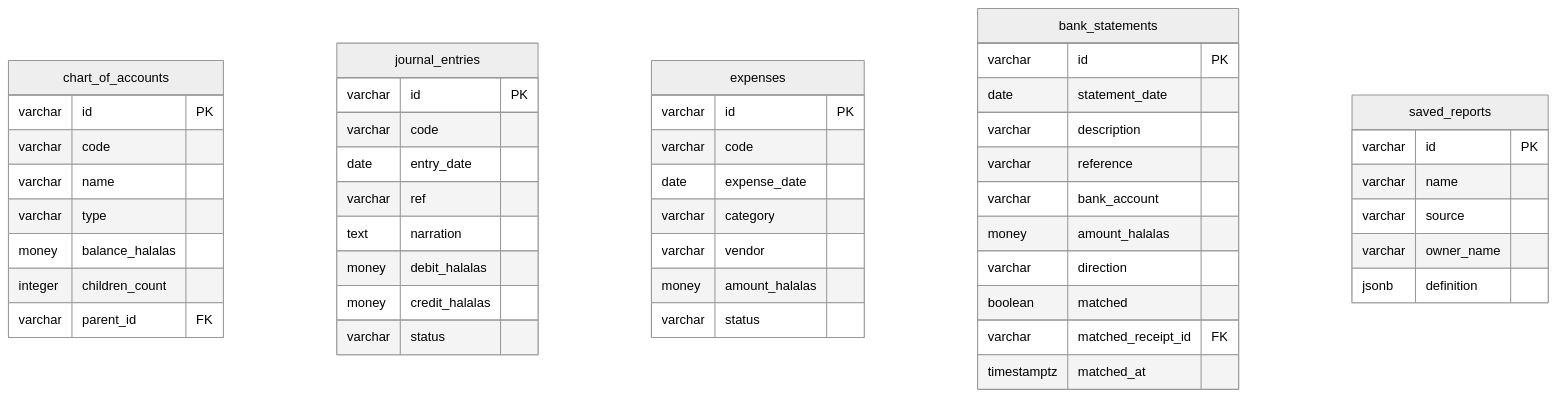
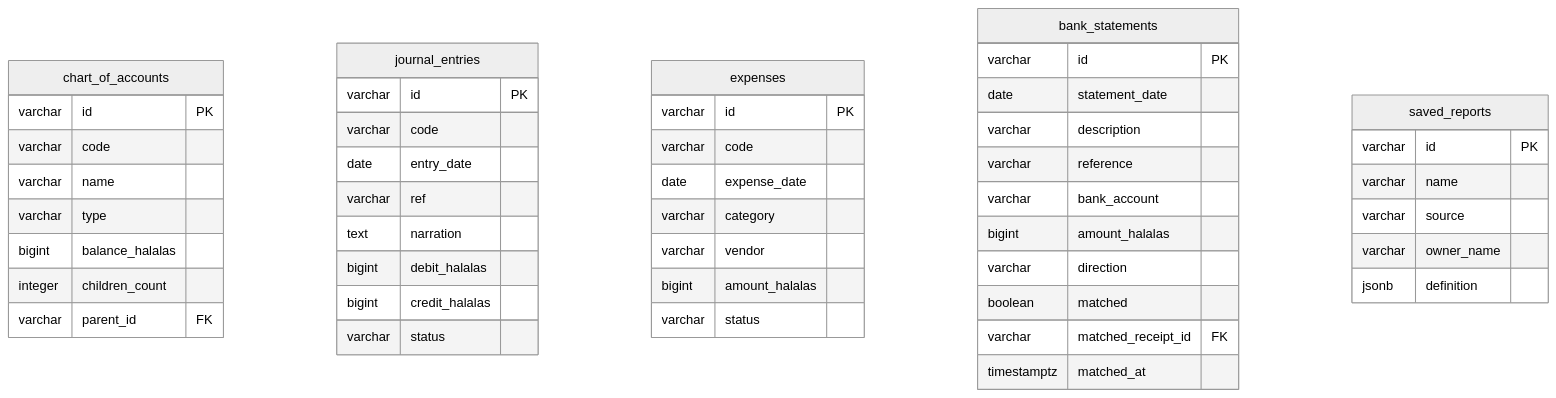
One commit to tazamohd/SlClNe changed the diagram in docs/33_MASTER_DIAGRAM_LIBRARY/ERD/ACCOUNTING_ERD.md. Above: the diagram before and after it, drawn with Mermaid (neutral theme). The commit also changed 76 other files, not shown here.

````diff
--- a/docs/33_MASTER_DIAGRAM_LIBRARY/ERD/ACCOUNTING_ERD.md
+++ b/docs/33_MASTER_DIAGRAM_LIBRARY/ERD/ACCOUNTING_ERD.md
@@ -15,50 +15,50 @@
 ```mermaid
 erDiagram
   chart_of_accounts {
     varchar id PK
     varchar code
     varchar name
     varchar type
-    money balance_halalas
+    bigint balance_halalas
     integer children_count
     varchar parent_id FK
   }
   journal_entries {
     varchar id PK
     varchar code
     date entry_date
     varchar ref
     text narration
-    money debit_halalas
-    money credit_halalas
+    bigint debit_halalas
+    bigint credit_halalas
     varchar status
   }
   expenses {
     varchar id PK
     varchar code
     date expense_date
     varchar category
     varchar vendor
-    money amount_halalas
+    bigint amount_halalas
     varchar status
   }
   bank_statements {
     varchar id PK
     date statement_date
     varchar description
     varchar reference
     varchar bank_account
-    money amount_halalas
+    bigint amount_halalas
     varchar direction
     boolean matched
     varchar matched_receipt_id FK
     timestamptz matched_at
   }
   saved_reports {
     varchar id PK
     varchar name
     varchar source
     varchar owner_name
     jsonb definition
   }
 ```
````
